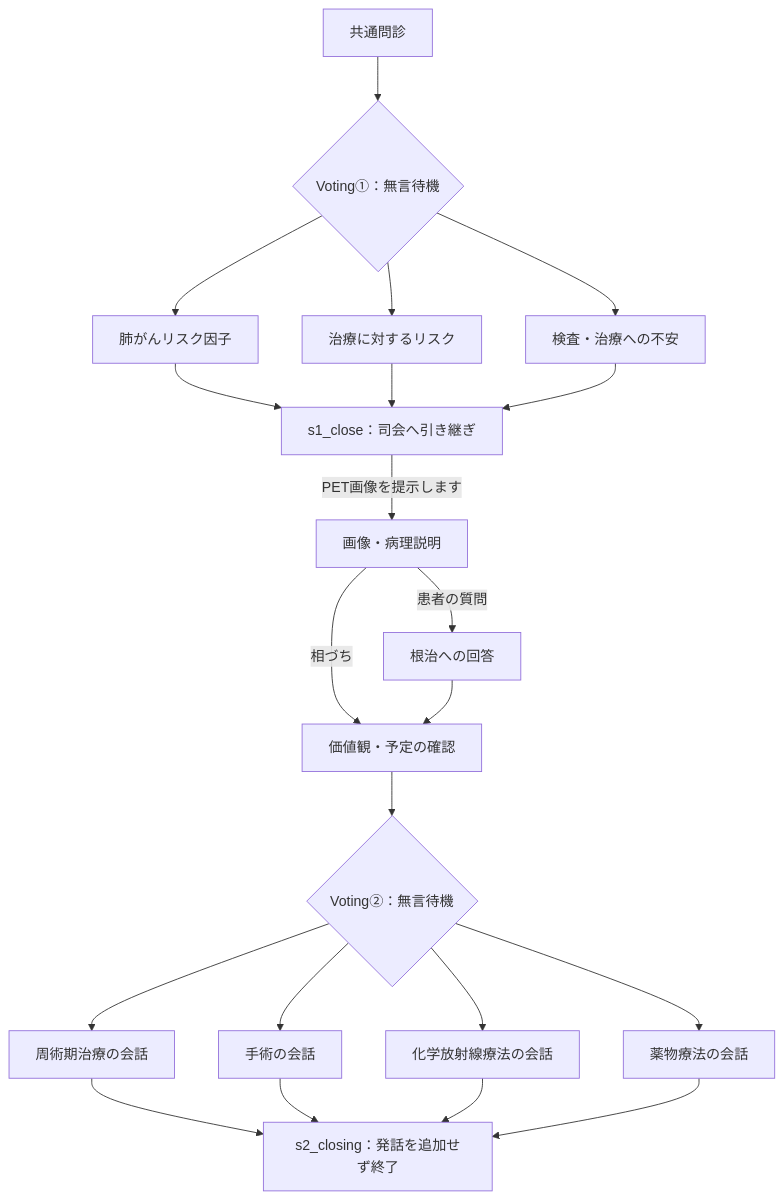
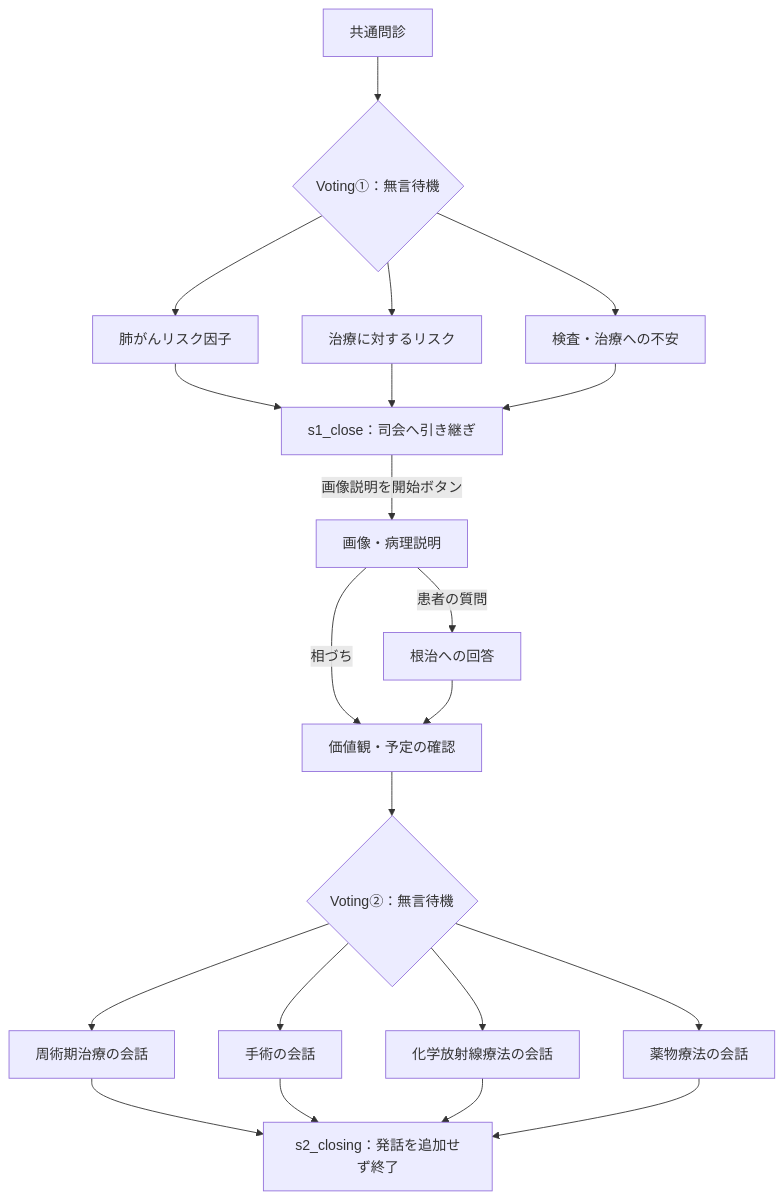
Before and after one commit to Kohei-Arita/yamamoto-avatar-scenario: the diagram in docs/scenario-map.md, drawn with Mermaid. The commit also changed other lines of this file and 20 other files, not shown here.

````diff
--- a/docs/scenario-map.md
+++ b/docs/scenario-map.md
@@ -18,18 +18,18 @@
 ```mermaid
 flowchart TD
   S[共通問診] --> V1{Voting①：無言待機}
   V1 --> A[肺がんリスク因子]
   V1 --> B[治療に対するリスク]
   V1 --> C[検査・治療への不安]
   A & B & C --> H[s1_close：司会へ引き継ぎ]
-  H -->|PET画像を提示します| I[画像・病理説明]
+  H -->|画像説明を開始ボタン| I[画像・病理説明]
   I -->|患者の質問| Q[根治への回答]
   I -->|相づち| W[価値観・予定の確認]
   Q --> W
   W --> V2{Voting②：無言待機}
   V2 --> T1[周術期治療の会話]
   V2 --> T2[手術の会話]
   V2 --> T3[化学放射線療法の会話]
   V2 --> T4[薬物療法の会話]
   T1 & T2 & T3 & T4 --> END[s2_closing：発話を追加せず終了]
 ```
````
